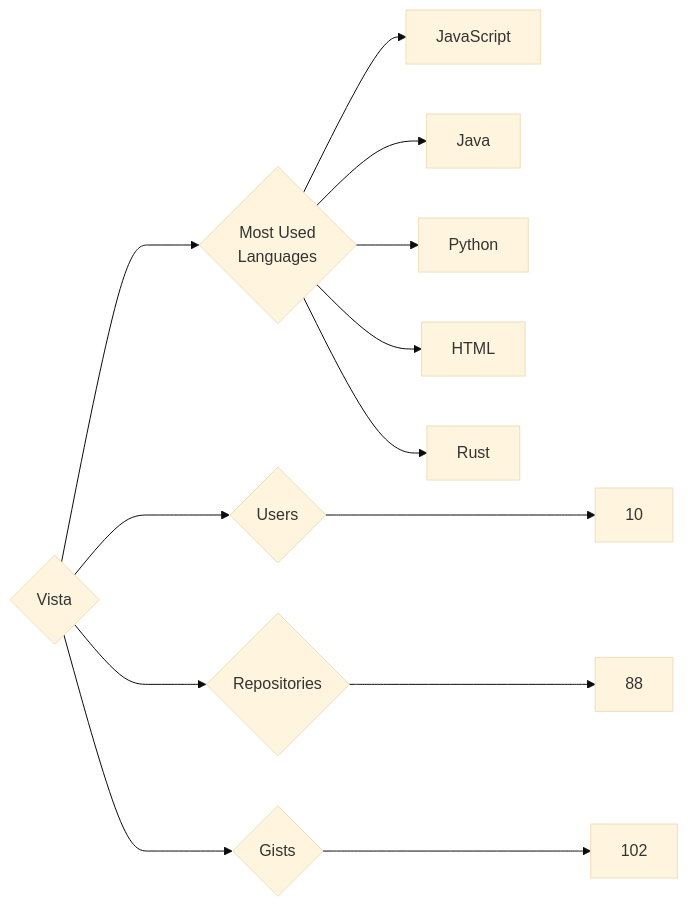
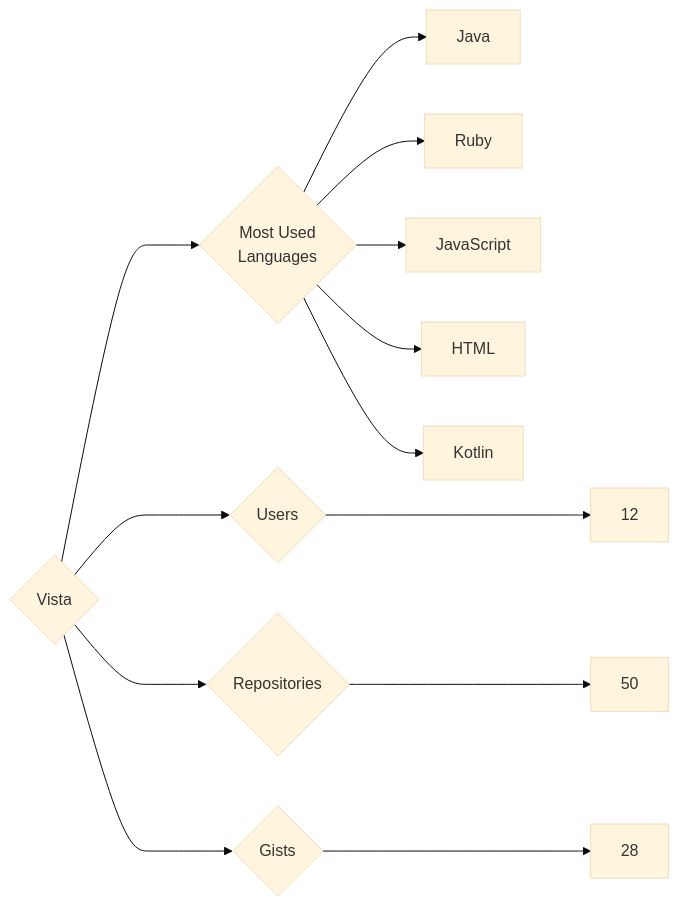
The diagram in targets/Vista/README.md (trickest/insiders), drawn with Mermaid (base theme) before and after one commit. The commit also changed 796 other files, not shown here.

````diff
--- a/targets/Vista/README.md
+++ b/targets/Vista/README.md
@@ -3,13 +3,13 @@
 ```mermaid
 graph LR
 COMPANY_NAME{Vista}
-COMPANY_NAME ---> U{Users} ---> UN[10]
-COMPANY_NAME ---> R{Repositories} ---> RN[88]
-COMPANY_NAME ---> G{Gists} ---> GN[102]
+COMPANY_NAME ---> U{Users} ---> UN[12]
+COMPANY_NAME ---> R{Repositories} ---> RN[50]
+COMPANY_NAME ---> G{Gists} ---> GN[28]
 COMPANY_NAME ---> ML{Most Used<br>Languages}
+ML --> Java[Java]
+ML --> Ruby[Ruby]
 ML --> JavaScript[JavaScript]
-ML --> Java[Java]
-ML --> Python[Python]
 ML --> HTML[HTML]
-ML --> Rust[Rust]
+ML --> Kotlin[Kotlin]
 ```
````
